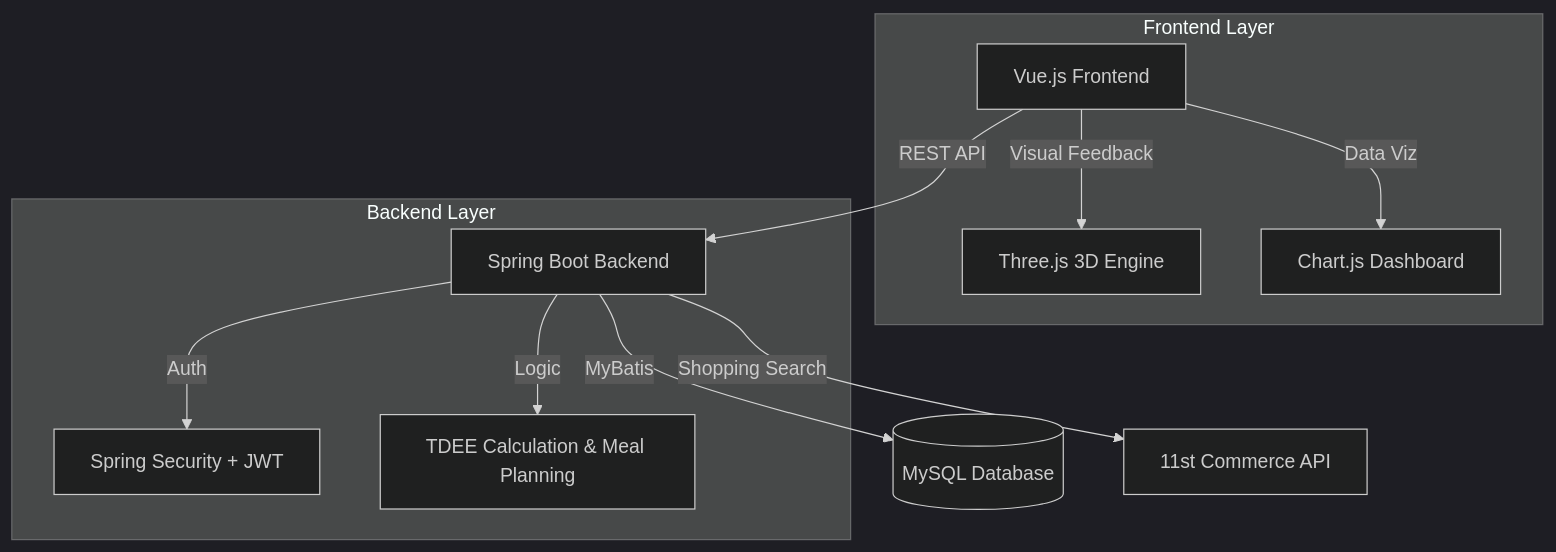
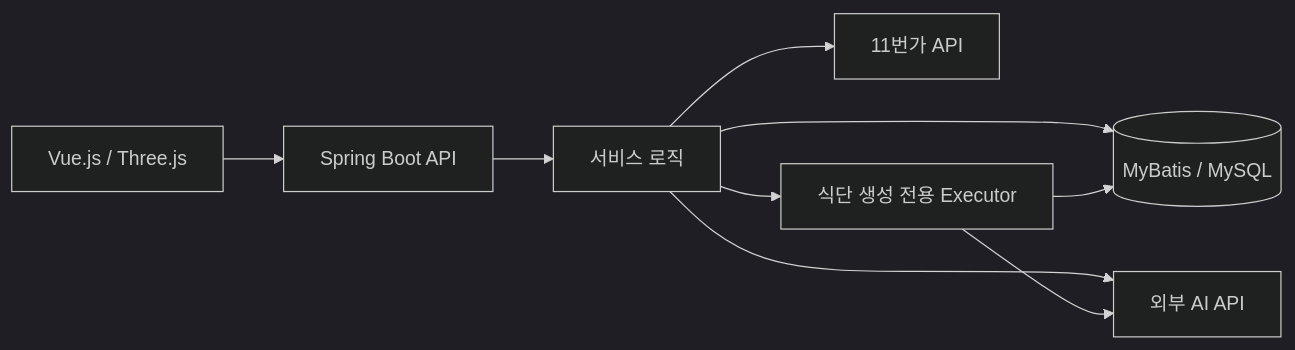
Before and after one commit to ryubyeongsun/diet_coach_PJ: the diagram in README.md, drawn with Mermaid (dark theme). The commit also changed other lines of this file and 4 other files, not shown here.

````diff
--- a/README.md
+++ b/README.md
@@ -34,16 +26,11 @@
 ```mermaid
-graph TD
-    Client[Vue.js Frontend] -->|REST API| Server[Spring Boot Backend]
-    Server -->|MyBatis| DB[(MySQL Database)]
-    Server -->|Shopping Search| ExternalAPI[11st Commerce API]
-    
-    subgraph "Frontend Layer"
-        Client -->|Visual Feedback| ThreeJS[Three.js 3D Engine]
-        Client -->|Data Viz| ChartJS[Chart.js Dashboard]
-    end
-    
-    subgraph "Backend Layer"
-        Server -->|Auth| Security[Spring Security + JWT]
-        Server -->|Logic| Service[TDEE Calculation & Meal Planning]
-    end
+flowchart LR
+    UI[Vue.js / Three.js] --> API[Spring Boot API]
+    API --> Service[서비스 로직]
+    Service --> DB[(MyBatis / MySQL)]
+    Service --> AI[외부 AI API]
+    Service --> Shop[11번가 API]
+    Service --> Executor[식단 생성 전용 Executor]
+    Executor --> AI
+    Executor --> DB
 ```
````
